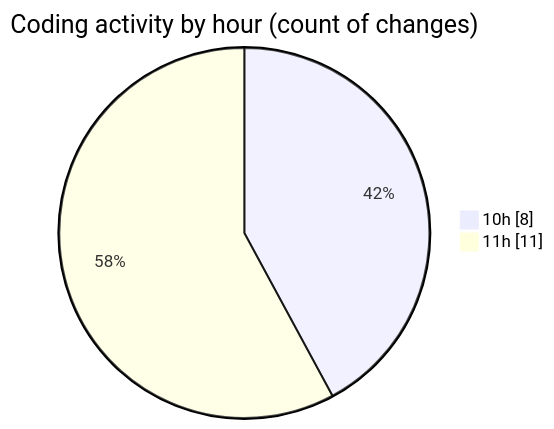
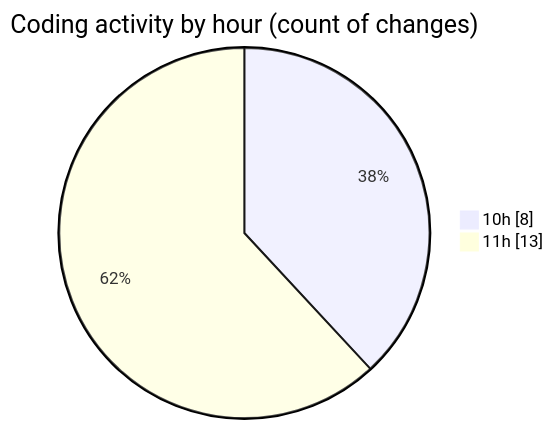
The second of 2 diagrams in 2026-02-02/nxtqube_webapp/README.md (nxtqubesakshisongat/code-tracking), drawn with Mermaid before and after one commit. The commit also changed other lines of this file and 1 other file, not shown here.

````diff
--- a/2026-02-02/nxtqube_webapp/README.md
+++ b/2026-02-02/nxtqube_webapp/README.md
@@ -28,6 +29,6 @@
 ```mermaid
 pie showData
 title Coding activity by hour (count of changes)
 "10h" : 8
-"11h" : 11
+"11h" : 13
 ```
````
